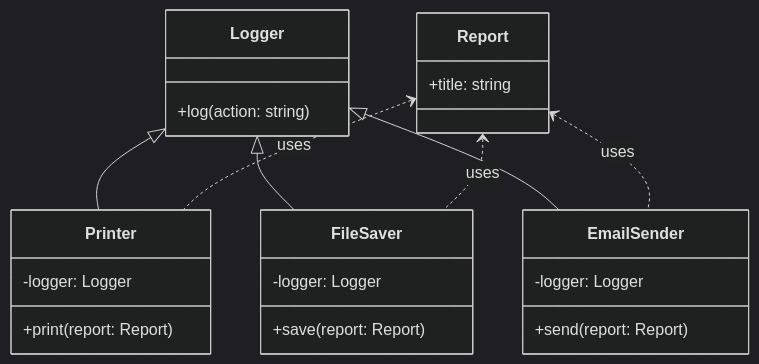
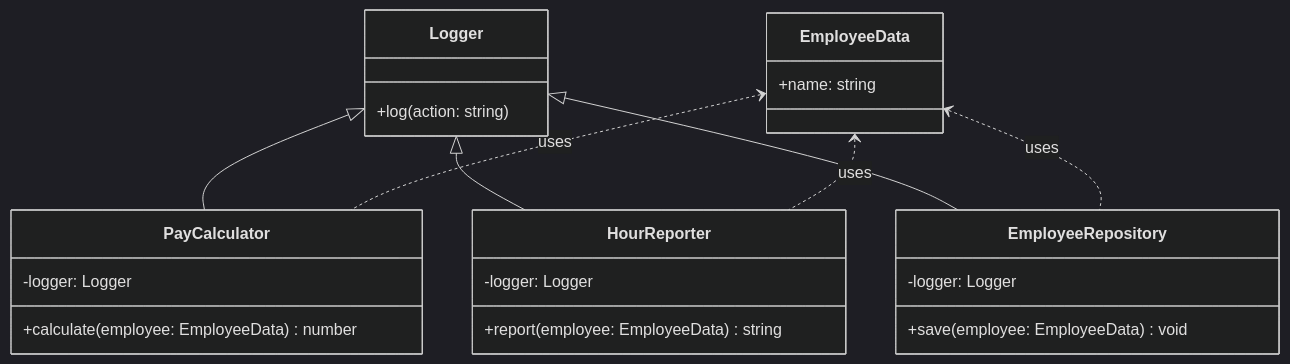
One commit to shuji-bonji/Notes-on-SOLID-Principle changed the seventh of 8 diagrams in docs/single-responsibility-principle.md. Above: the diagram before and after it, drawn with Mermaid (dark theme). The commit also changed other lines of this file and 1 other file, not shown here.

````diff
--- a/docs/single-responsibility-principle.md
+++ b/docs/single-responsibility-principle.md
@@ -303,32 +383,32 @@
 ```mermaid
 classDiagram
-  class Report {
-    +title: string
+  class EmployeeData {
+    +name: string
   }
 
   class Logger {
     +log(action: string)
   }
 
-  class Printer {
+  class PayCalculator {
     -logger: Logger
-    +print(report: Report)
+    +calculate(employee: EmployeeData) number
   }
 
-  class FileSaver {
+  class HourReporter {
     -logger: Logger
-    +save(report: Report)
+    +report(employee: EmployeeData) string
   }
 
-  class EmailSender {
+  class EmployeeRepository {
     -logger: Logger
-    +send(report: Report)
+    +save(employee: EmployeeData) void
   }
 
-  Logger <|-- Printer
-  Logger <|-- FileSaver
-  Logger <|-- EmailSender
-  Report <.. Printer : uses
-  Report <.. FileSaver : uses
-  Report <.. EmailSender : uses
+  Logger <|-- PayCalculator
+  Logger <|-- HourReporter
+  Logger <|-- EmployeeRepository
+  EmployeeData <.. PayCalculator : uses
+  EmployeeData <.. HourReporter : uses
+  EmployeeData <.. EmployeeRepository : uses
 ```
````
